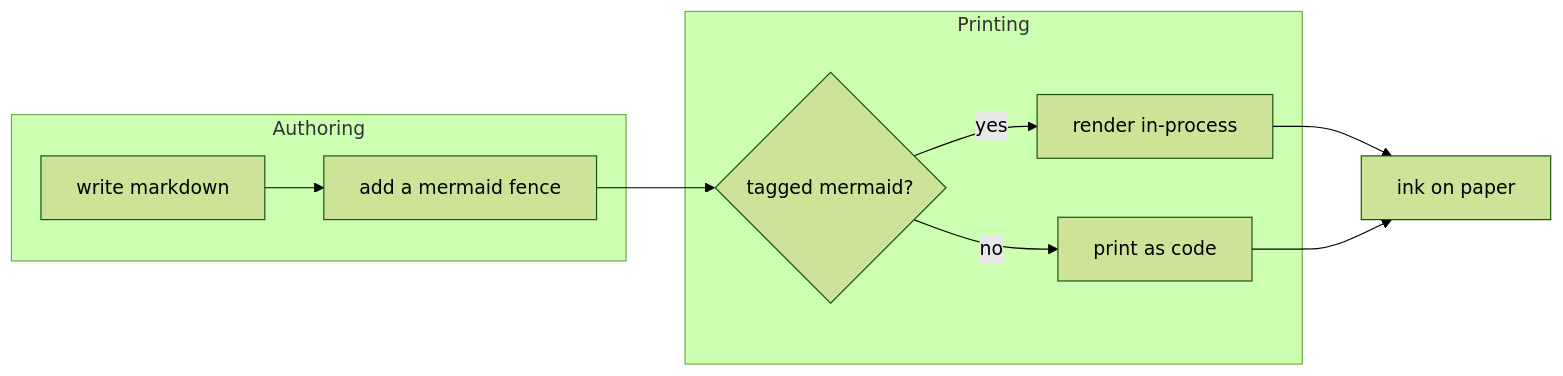
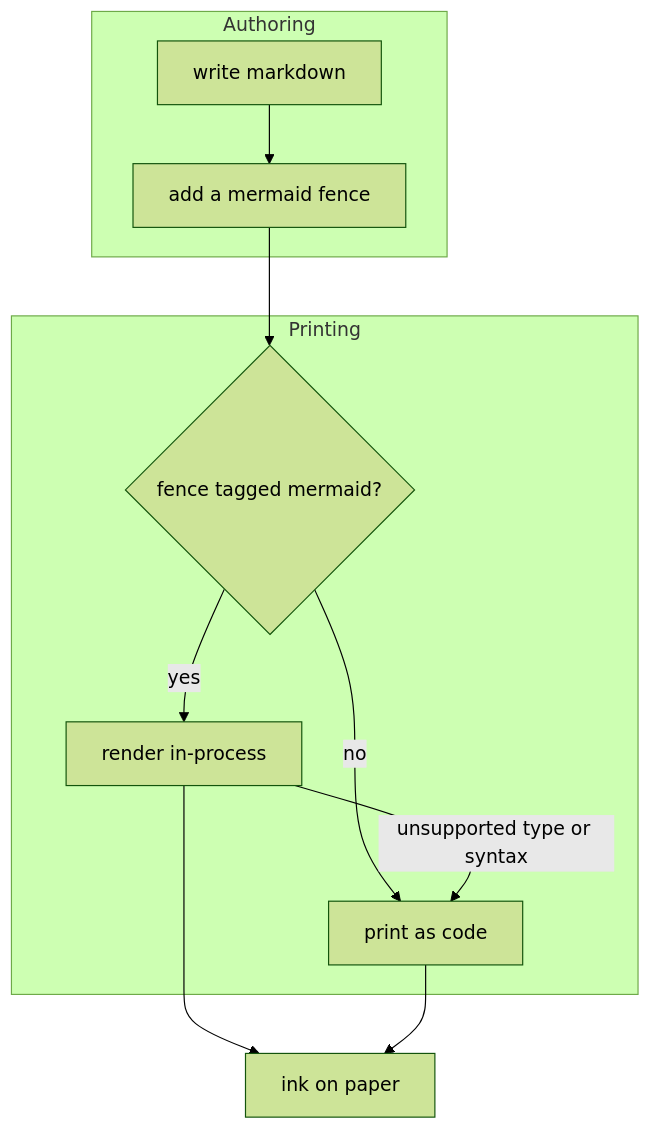
The first of 26 diagrams in testfiles/mermaid.md (tig/winprint), drawn with Mermaid (forest theme) before and after one commit. The commit also changed other lines of this file and 8 other files, not shown here.

First line of the commit message:
chore(mermaid): switch default backend back to service (mermaid.ink)

````diff
--- a/testfiles/mermaid.md
+++ b/testfiles/mermaid.md
@@ -14,13 +32,15 @@
 ```mermaid
-flowchart LR
+flowchart TB
     subgraph authoring[Authoring]
         MD[write markdown] --> FENCE[add a mermaid fence]
     end
     subgraph printing[Printing]
-        PARSE{tagged mermaid?} -->|yes| RENDER[render in-process]
+        PARSE{fence tagged mermaid?}
+        PARSE -->|yes| RENDER[render in-process]
         PARSE -->|no| CODE[print as code]
+        RENDER -->|unsupported type or syntax| CODE
     end
     FENCE --> PARSE
     RENDER --> PAGE[ink on paper]
     CODE --> PAGE
 ```
````
